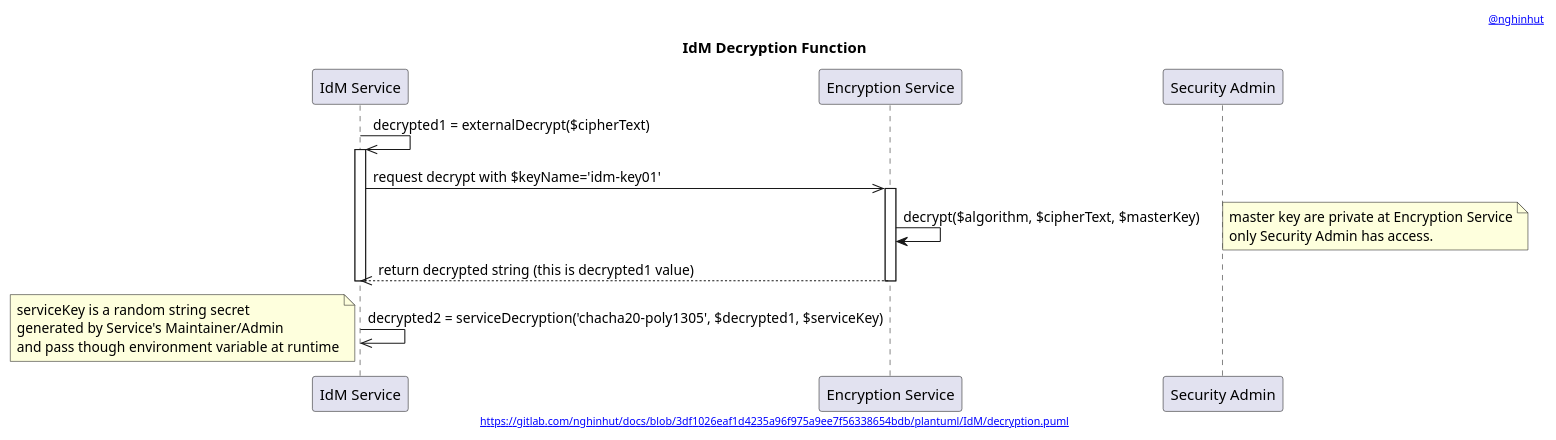
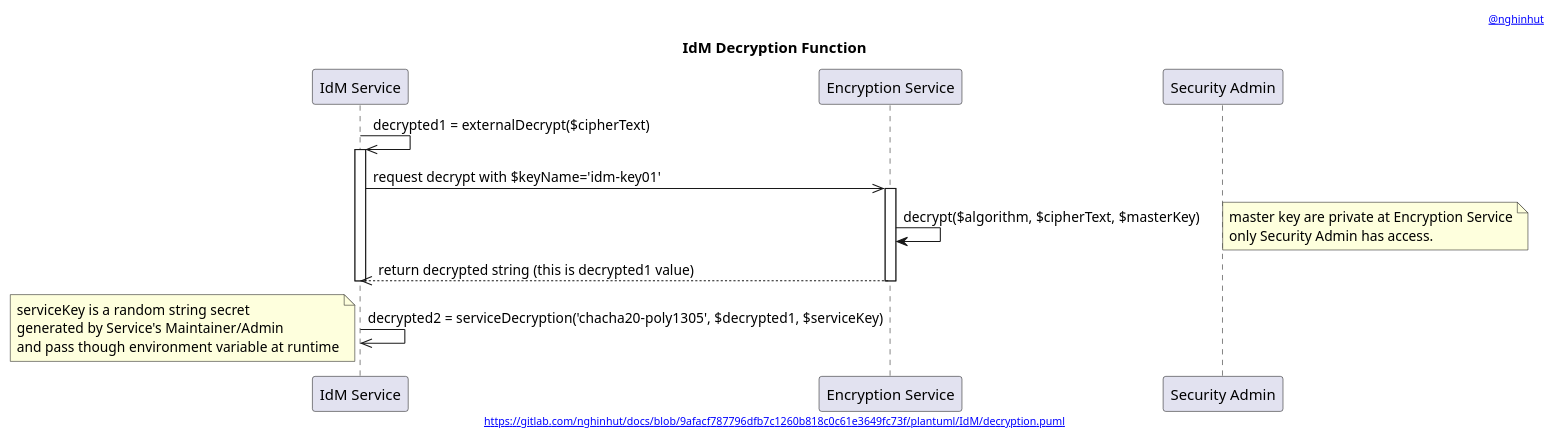
Before and after one commit to nghinhut/docs: the diagram in plantuml/IdM/decryption.function.puml, drawn with PlantUML. The commit also changed 24 other files, not shown here.

Commit message:
docs(plantuml): update headers

```diff
--- a/plantuml/IdM/decryption.function.puml
+++ b/plantuml/IdM/decryption.function.puml
@@ -1,32 +1,32 @@
 @startuml
 '-----START auto generated metadata please keep comment here to allow auto update-----
 '-----DON'T EDIT THIS SECTION, INSTEAD RE-RUN prebuild.sh TO UPDATE-----
-header [[https://www.nghinhut.dev?from=http%5C%3A%5C%2F%5C%2Fwww%5C.plantuml%5C.com%5C%2Fplantuml%5C%2Fproxy%3Ffmt%3Dsvg%5C%26src%3Dhttps%5C%3A%5C%2F%5C%2Fgitlab%5C.com%5C%2Fnghinhut%5C%2Fdocs%5C%2Fraw%5C%2F3df1026eaf1d4235a96f975a9ee7f56338654bdb%5C%2Fplantuml%5C%2FIdM%5C%2Fdecryption%5C.puml%0A @nghinhut]]
-footer [[http://www.plantuml.com/plantuml/proxy?fmt=svg&src=https://gitlab.com/nghinhut/docs/raw/3df1026eaf1d4235a96f975a9ee7f56338654bdb/plantuml/IdM/decryption.puml https://gitlab.com/nghinhut/docs/blob/3df1026eaf1d4235a96f975a9ee7f56338654bdb/plantuml/IdM/decryption.puml]]
+header [[https://www.nghinhut.dev?from=http%5C%3A%5C%2F%5C%2Fwww%5C.plantuml%5C.com%5C%2Fplantuml%5C%2Fproxy%3Ffmt%3Dsvg%5C%26src%3Dhttps%5C%3A%5C%2F%5C%2Fgitlab%5C.com%5C%2Fnghinhut%5C%2Fdocs%5C%2Fraw%5C%2F9afacf787796dfb7c1260b818c0c61e3649fc73f%5C%2Fplantuml%5C%2FIdM%5C%2Fdecryption%5C.puml%0A @nghinhut]]
+footer [[http://www.plantuml.com/plantuml/proxy?fmt=svg&src=https://gitlab.com/nghinhut/docs/raw/9afacf787796dfb7c1260b818c0c61e3649fc73f/plantuml/IdM/decryption.puml https://gitlab.com/nghinhut/docs/blob/9afacf787796dfb7c1260b818c0c61e3649fc73f/plantuml/IdM/decryption.puml]]
 '-----END auto generated metadata please keep comment here to allow auto update-----
 title IdM Decryption Function
 participant "IdM Service" as idm
 participant "Encryption Service" as es
 participant "Security Admin" as esAdmin
 
 
 idm ->> idm : decrypted1 = externalDecrypt($cipherText)
 activate idm
     idm ->> es : request decrypt with $keyName='idm-key01'
     activate es
         es -> es : decrypt($algorithm, $cipherText, $masterKey)
         note right
             master key are private at Encryption Service
             only Security Admin has access.
         end note
         idm <<-- es : return decrypted string (this is decrypted1 value)
     deactivate es
 deactivate idm
 
 idm ->> idm : decrypted2 = serviceDecryption('chacha20-poly1305', $decrypted1, $serviceKey)
 note left
     serviceKey is a random string secret
     generated by Service's Maintainer/Admin
     and pass though environment variable at runtime
 end note
 @enduml
```
